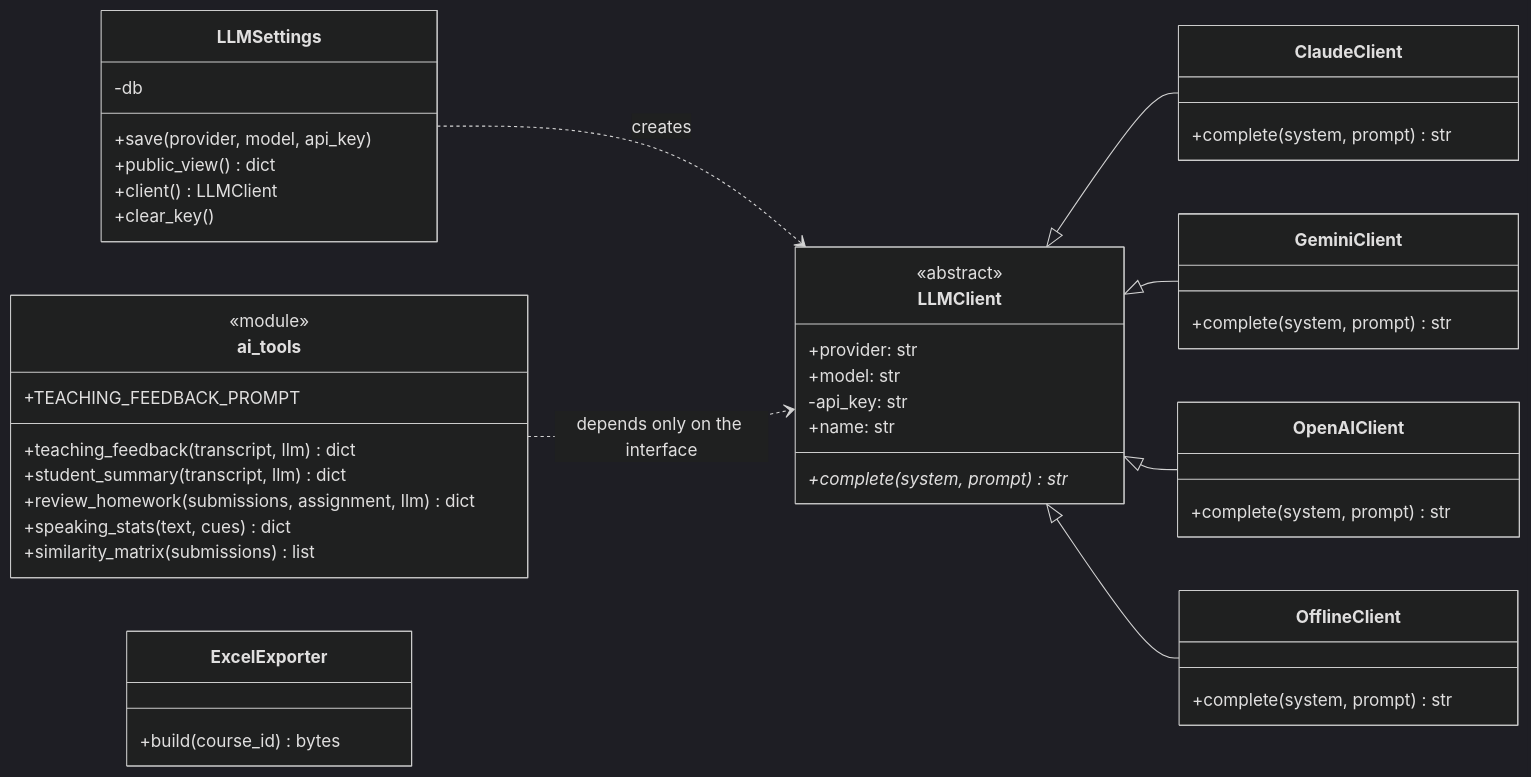
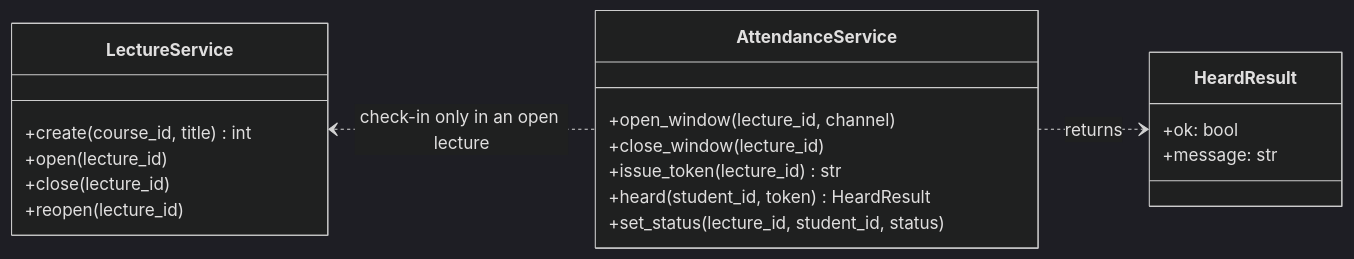
Before and after one commit to shiral2571-alt/SoftwareEngineering_Ex2: the fourth of 9 diagrams in docs/DIAGRAMS.md, drawn with Mermaid (dark theme). The commit also changed other lines of this file and 6 other files, not shown here.

First line of the commit message:
Record the auditorium test and simplify the diagrams

````diff
--- a/docs/DIAGRAMS.md
+++ b/docs/DIAGRAMS.md
@@ -138,52 +82,23 @@
 ```mermaid
 classDiagram
     direction LR
-    class LLMClient {
-        <<abstract>>
-        +provider: str
-        +model: str
-        -api_key: str
-        +name: str
-        +complete(system, prompt)* str
+    class LectureService {
+        +create(course_id, title) int
+        +open(lecture_id)
+        +close(lecture_id)
+        +reopen(lecture_id)
     }
-    class ClaudeClient {
-        +complete(system, prompt) str
+    class AttendanceService {
+        +open_window(lecture_id, channel)
+        +close_window(lecture_id)
+        +issue_token(lecture_id) str
+        +heard(student_id, token) HeardResult
+        +set_status(lecture_id, student_id, status)
     }
-    class GeminiClient {
-        +complete(system, prompt) str
+    class HeardResult {
+        +ok: bool
+        +message: str
     }
-    class OpenAIClient {
-        +complete(system, prompt) str
-    }
-    class OfflineClient {
-        +complete(system, prompt) str
-    }
-    LLMClient <|-- ClaudeClient
-    LLMClient <|-- GeminiClient
-    LLMClient <|-- OpenAIClient
-    LLMClient <|-- OfflineClient
-
-    class LLMSettings {
-        -db
-        +save(provider, model, api_key)
-        +public_view() dict
-        +client() LLMClient
-        +clear_key()
-    }
-    LLMSettings ..> LLMClient : creates
-
-    class ai_tools {
-        <<module>>
-        +TEACHING_FEEDBACK_PROMPT
-        +teaching_feedback(transcript, llm) dict
-        +student_summary(transcript, llm) dict
-        +review_homework(submissions, assignment, llm) dict
-        +speaking_stats(text, cues) dict
-        +similarity_matrix(submissions) list
-    }
-    ai_tools ..> LLMClient : depends only on the interface
-
-    class ExcelExporter {
-        +build(course_id) bytes
-    }
+    LectureService <.. AttendanceService : check-in only in an open lecture
+    AttendanceService ..> HeardResult : returns
 ```
````
